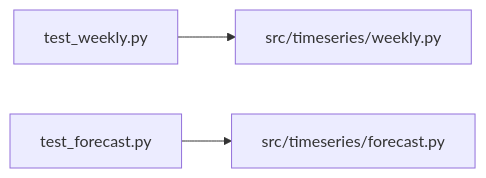
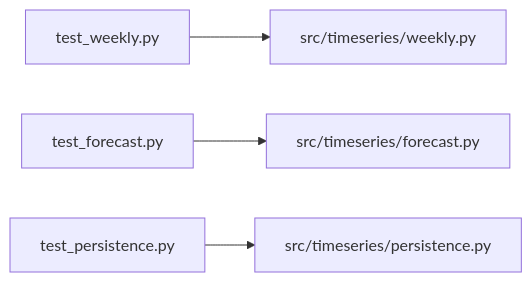
The third of 3 diagrams in tests/README.md (rindguitar/game-demand-forecast), drawn with Mermaid before and after one commit. The commit also changed other lines of this file and 13 other files, not shown here.

````diff
--- a/tests/README.md
+++ b/tests/README.md
@@ -47,5 +47,6 @@
 ```mermaid
 flowchart LR
     TW["test_weekly.py"] --> W["src/timeseries/weekly.py"]
     TF["test_forecast.py"] --> F["src/timeseries/forecast.py"]
+    TP["test_persistence.py"] --> P["src/timeseries/persistence.py"]
 ```
````
